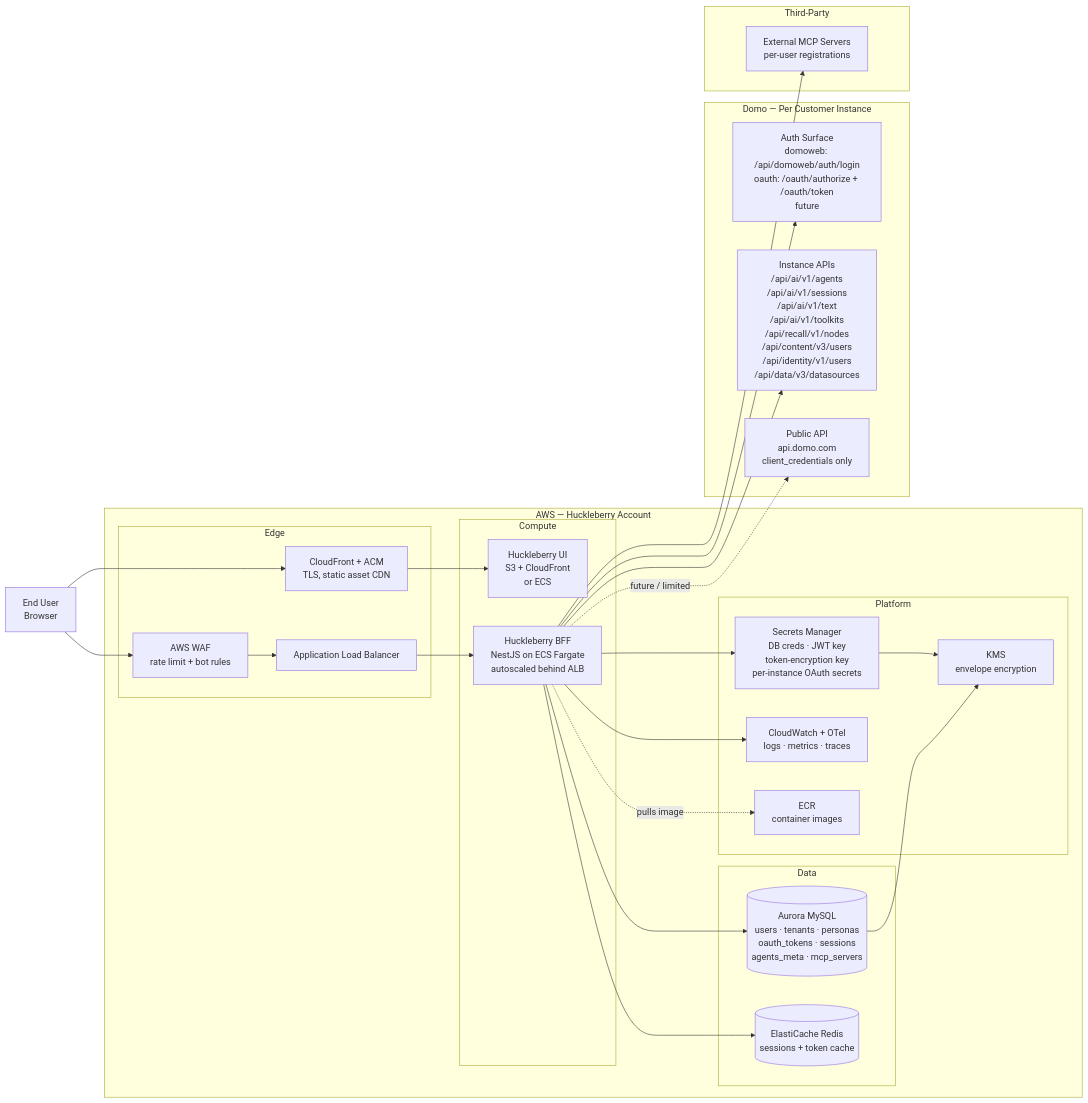
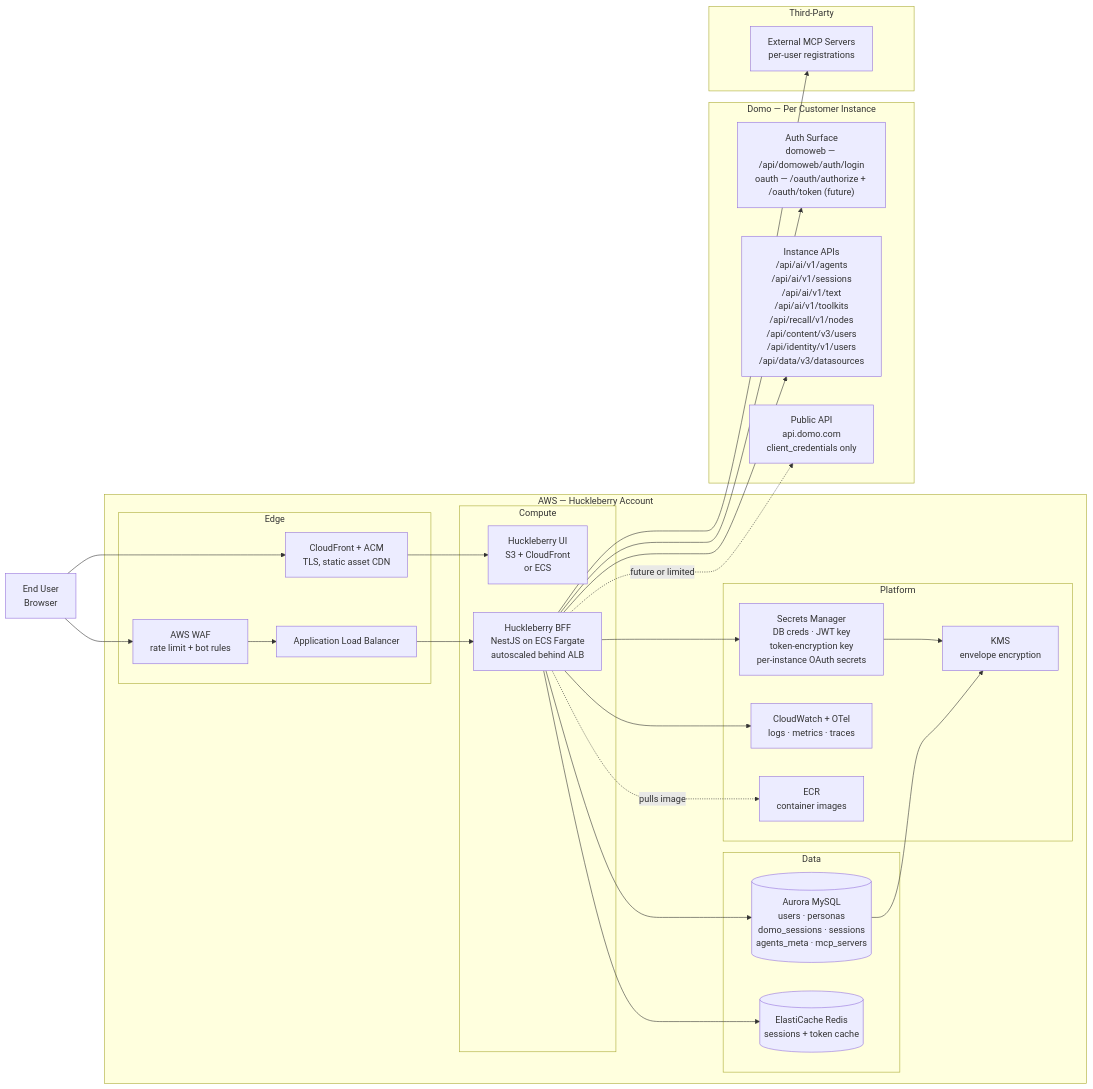
One commit to emmetuft/huckleberry-server changed the diagram in docs/diagrams/system-overview.md. Above: the diagram before and after it, drawn with Mermaid. The commit also changed 5 other files, not shown here.

First line of the commit message:
docs(diagrams): update diagrams for clarity and consistency

````diff
--- a/docs/diagrams/system-overview.md
+++ b/docs/diagrams/system-overview.md
@@ -7,58 +7,58 @@
 ```mermaid
 graph LR
     USER[End User<br/>Browser]
 
     subgraph "AWS — Huckleberry Account"
         subgraph "Edge"
             CF[CloudFront + ACM<br/>TLS, static asset CDN]
             ALB[Application Load Balancer]
             WAF[AWS WAF<br/>rate limit + bot rules]
         end
 
         subgraph "Compute"
             UI_HOST[Huckleberry UI<br/>S3 + CloudFront<br/>or ECS]
             BFF[Huckleberry BFF<br/>NestJS on ECS Fargate<br/>autoscaled behind ALB]
         end
 
         subgraph "Data"
-            AURORA[(Aurora MySQL<br/>users · tenants · personas<br/>oauth_tokens · sessions<br/>agents_meta · mcp_servers)]
+            AURORA[(Aurora MySQL<br/>users · personas<br/>domo_sessions · sessions<br/>agents_meta · mcp_servers)]
             REDIS[(ElastiCache Redis<br/>sessions + token cache)]
         end
 
         subgraph "Platform"
             SM[Secrets Manager<br/>DB creds · JWT key<br/>token-encryption key<br/>per-instance OAuth secrets]
             KMS[KMS<br/>envelope encryption]
             CW[CloudWatch + OTel<br/>logs · metrics · traces]
             ECR[ECR<br/>container images]
         end
     end
 
     subgraph "Domo — Per Customer Instance"
-        DOMO_AUTH[Auth Surface<br/>domoweb: /api/domoweb/auth/login<br/>oauth: /oauth/authorize + /oauth/token<br/>future]
+        DOMO_AUTH["Auth Surface<br/>domoweb — /api/domoweb/auth/login<br/>oauth — /oauth/authorize + /oauth/token (future)"]
         DOMO_INST[Instance APIs<br/>/api/ai/v1/agents<br/>/api/ai/v1/sessions<br/>/api/ai/v1/text<br/>/api/ai/v1/toolkits<br/>/api/recall/v1/nodes<br/>/api/content/v3/users<br/>/api/identity/v1/users<br/>/api/data/v3/datasources]
         DOMO_PUB[Public API<br/>api.domo.com<br/>client_credentials only]
     end
 
     subgraph "Third-Party"
         MCP_EXT[External MCP Servers<br/>per-user registrations]
     end
 
     USER --> CF
     CF --> UI_HOST
     USER --> WAF
     WAF --> ALB
     ALB --> BFF
 
     BFF --> AURORA
     BFF --> REDIS
     BFF --> SM
     SM --> KMS
     AURORA --> KMS
     BFF --> CW
     BFF -.pulls image.-> ECR
 
     BFF --> DOMO_AUTH
     BFF --> DOMO_INST
-    BFF -.future / limited.-> DOMO_PUB
+    BFF -.future or limited.-> DOMO_PUB
     BFF --> MCP_EXT
 ```
````
